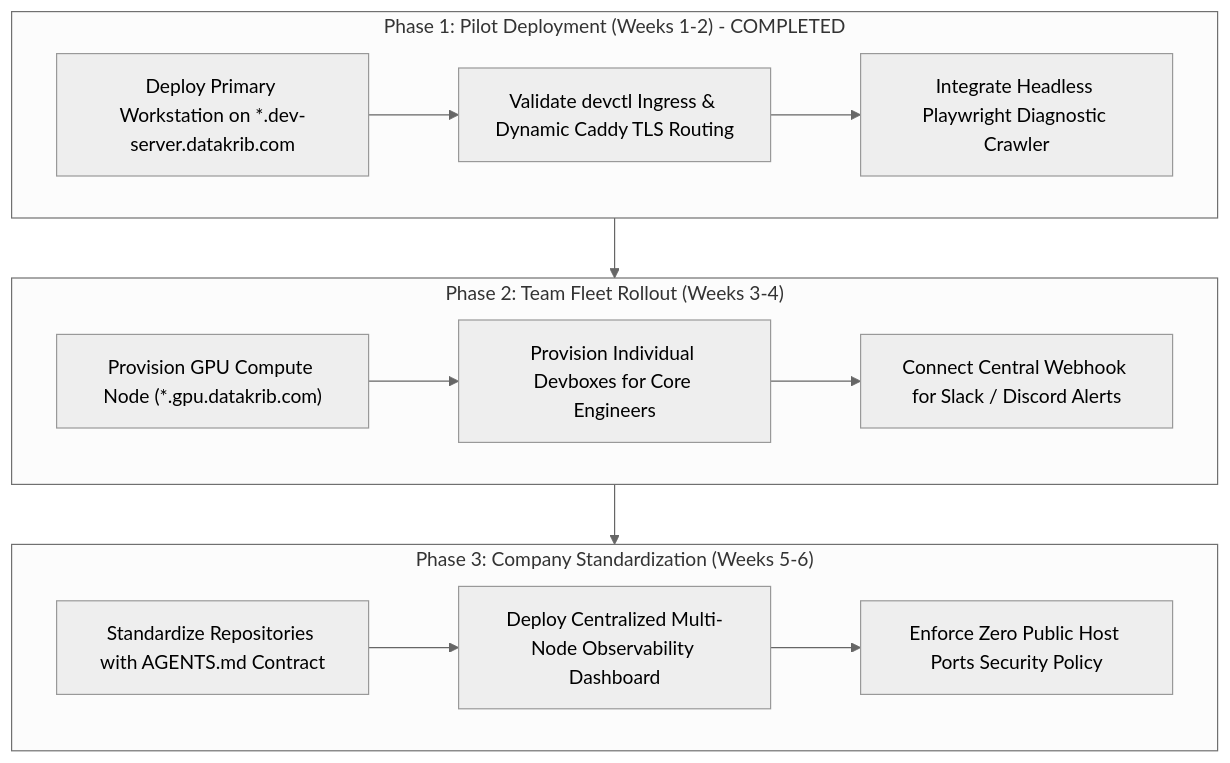
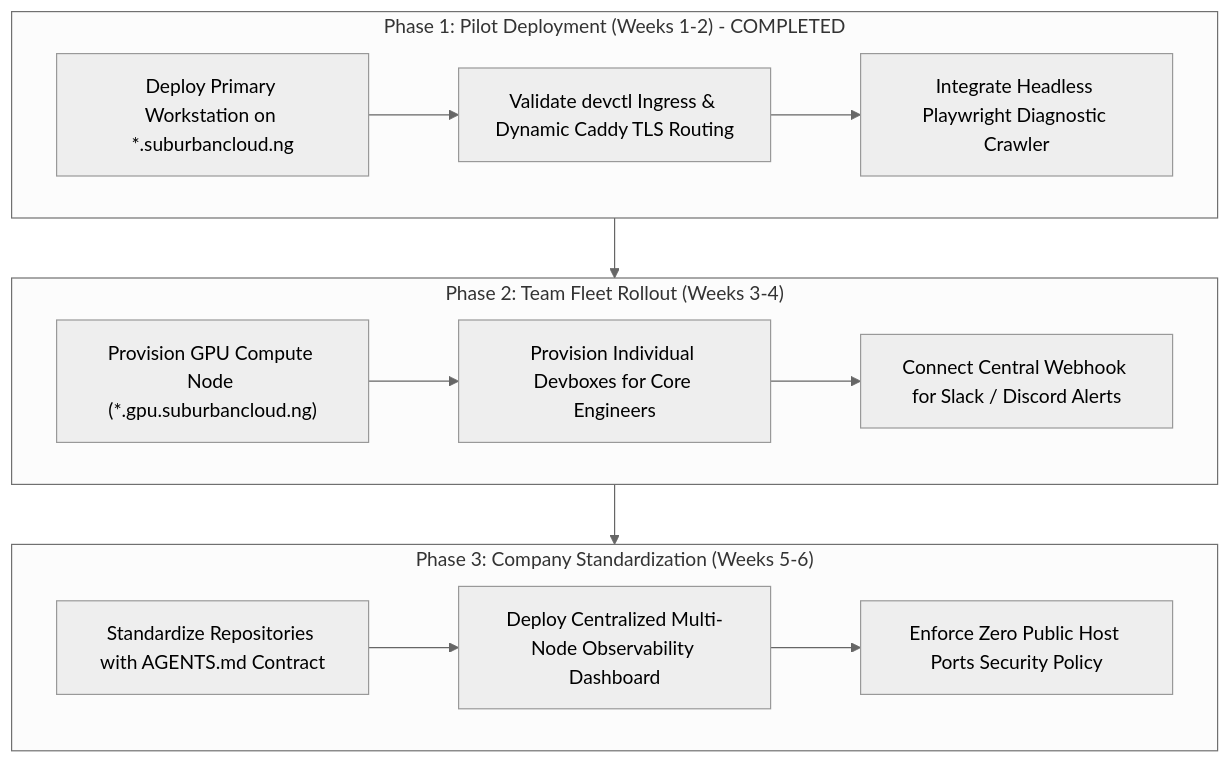
One commit to Unlimited-demi/happy-galileo changed the fourth of 4 diagrams in docs/EXECUTIVE_PROPOSAL.md. Above: the diagram before and after it, drawn with Mermaid (neutral theme). The commit also changed other lines of this file and 28 other files, not shown here.

Commit message:
fix(chatops,domains): instant deterministic SRE dispatch in ChatOps, eliminate all datakrib traces, enforce suburbancloud.ng

````diff
--- a/docs/EXECUTIVE_PROPOSAL.md
+++ b/docs/EXECUTIVE_PROPOSAL.md
@@ -184,25 +184,25 @@
 ```mermaid
 flowchart TD
     subgraph Phase1["Phase 1: Pilot Deployment (Weeks 1-2) - COMPLETED"]
-        P1A["Deploy Primary Workstation on *.dev-server.datakrib.com"]
+        P1A["Deploy Primary Workstation on *.suburbancloud.ng"]
         P1B["Validate devctl Ingress & Dynamic Caddy TLS Routing"]
         P1C["Integrate Headless Playwright Diagnostic Crawler"]
         P1A --> P1B --> P1C
     end
 
     subgraph Phase2["Phase 2: Team Fleet Rollout (Weeks 3-4)"]
-        P2A["Provision GPU Compute Node (*.gpu.datakrib.com)"]
+        P2A["Provision GPU Compute Node (*.gpu.suburbancloud.ng)"]
         P2B["Provision Individual Devboxes for Core Engineers"]
         P2C["Connect Central Webhook for Slack / Discord Alerts"]
         P2A --> P2B --> P2C
     end
 
     subgraph Phase3["Phase 3: Company Standardization (Weeks 5-6)"]
         P3A["Standardize Repositories with AGENTS.md Contract"]
         P3B["Deploy Centralized Multi-Node Observability Dashboard"]
         P3C["Enforce Zero Public Host Ports Security Policy"]
         P3A --> P3B --> P3C
     end
 
     Phase1 --> Phase2 --> Phase3
 ```
````
